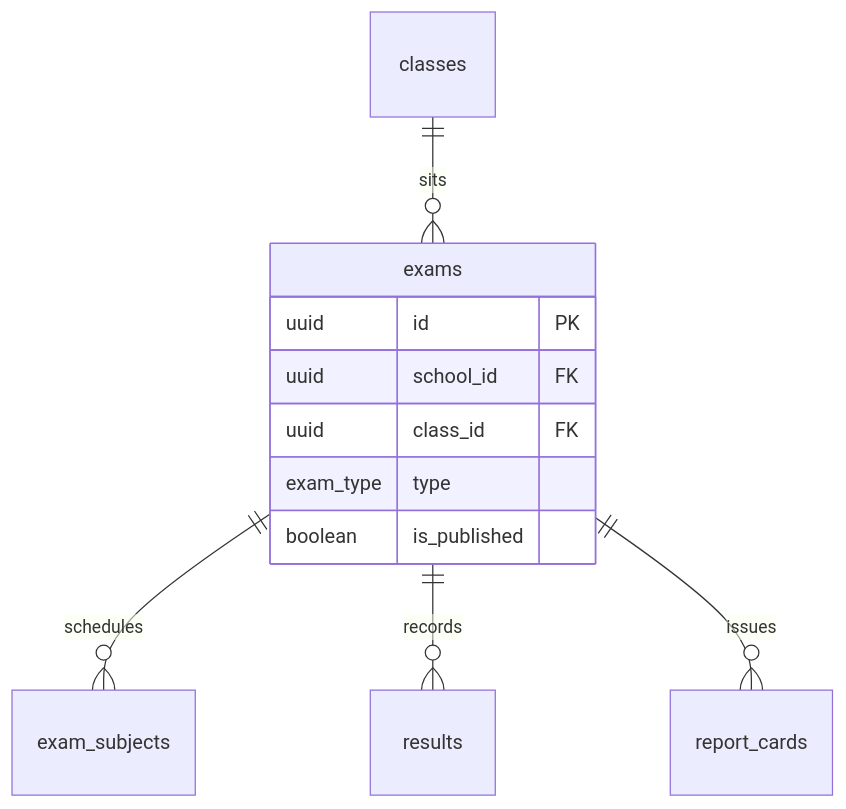
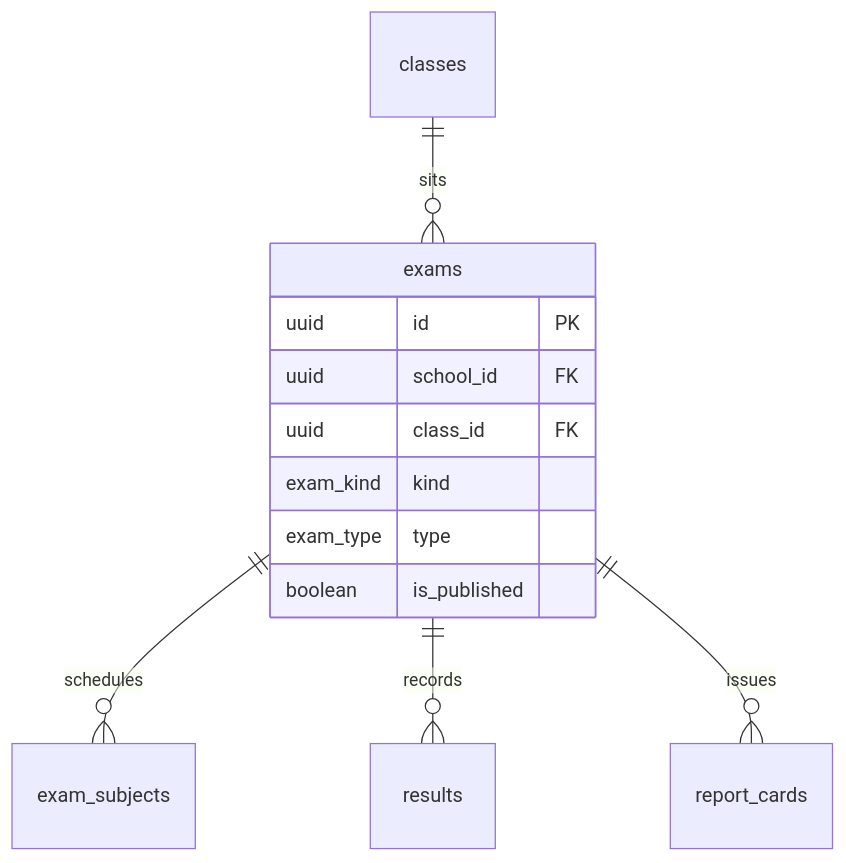
Before and after one commit to rahmat058/school-flow-ai: diagram 33 of 47 in docs/backend/Database.md, drawn with Mermaid. The commit also changed other lines of this file and 22 other files, not shown here.

````diff
--- a/docs/backend/Database.md
+++ b/docs/backend/Database.md
@@ -1344,14 +1350,15 @@
 ```mermaid
 erDiagram
   classes ||--o{ exams : "sits"
   exams ||--o{ exam_subjects : "schedules"
   exams ||--o{ results : "records"
   exams ||--o{ report_cards : "issues"
   exams {
     uuid id PK
     uuid school_id FK
     uuid class_id FK
+    exam_kind kind
     exam_type type
     boolean is_published
   }
 ```
````
